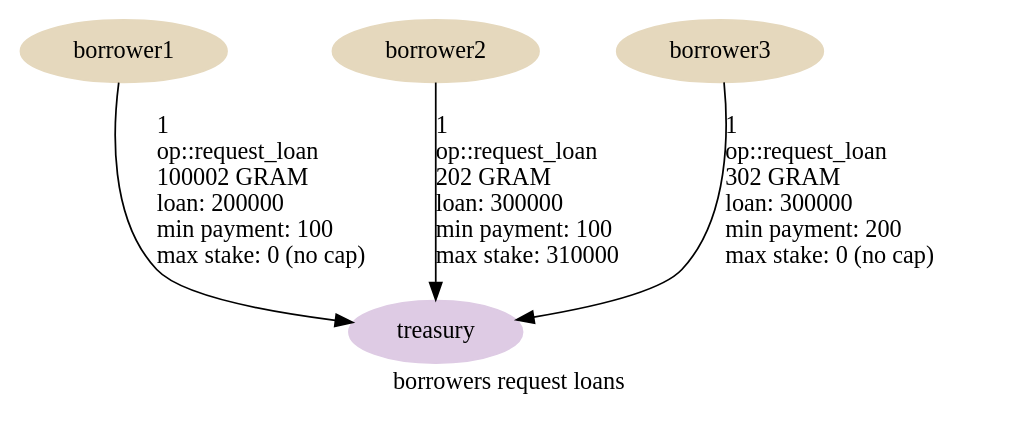
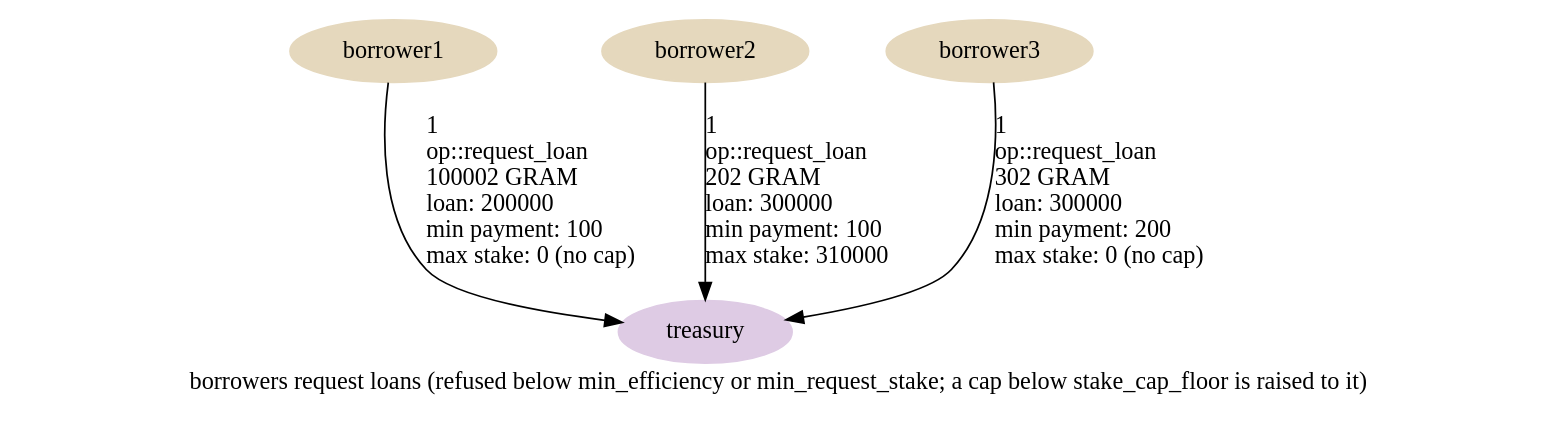
The diagram in graphs/04-request-loan.dot (HipoFinance/contract), drawn with Graphviz before and after one commit. The commit also changed 22 other files, not shown here.

```diff
--- a/graphs/04-request-loan.dot
+++ b/graphs/04-request-loan.dot
@@ -1,17 +1,17 @@
 digraph {
-    label="borrowers request loans"
+    label="borrowers request loans (refused below min_efficiency or min_request_stake; a cap below stake_cap_floor is raised to it)"
     node [ colorscheme=pastel19 style=filled ]
 
     /* Entities */
     borrower1, borrower2, borrower3 [ color=7 ]
     treasury [ color=4 ]
 
     /* Relationships */
     borrower1 -> treasury [ label="1\l op::request_loan\l 100002 GRAM\l loan: 200000\l min payment: 100\l max stake: 0 (no cap)\l" ]
     borrower2 -> treasury [ label="1\l op::request_loan\l 202 GRAM\l loan: 300000\l min payment: 100\l max stake: 310000\l" ]
     borrower3 -> treasury [ label="1\l op::request_loan\l 302 GRAM\l loan: 300000\l min payment: 200\l max stake: 0 (no cap)\l" ]
 
     /* Ranks */
     { rank=min borrower1 borrower2 borrower3 }
     { rank=max treasury }
 }
```
